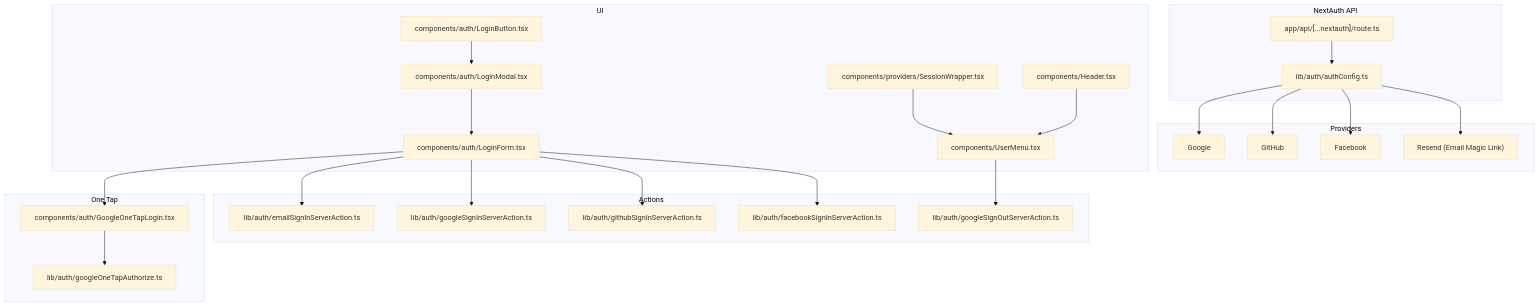
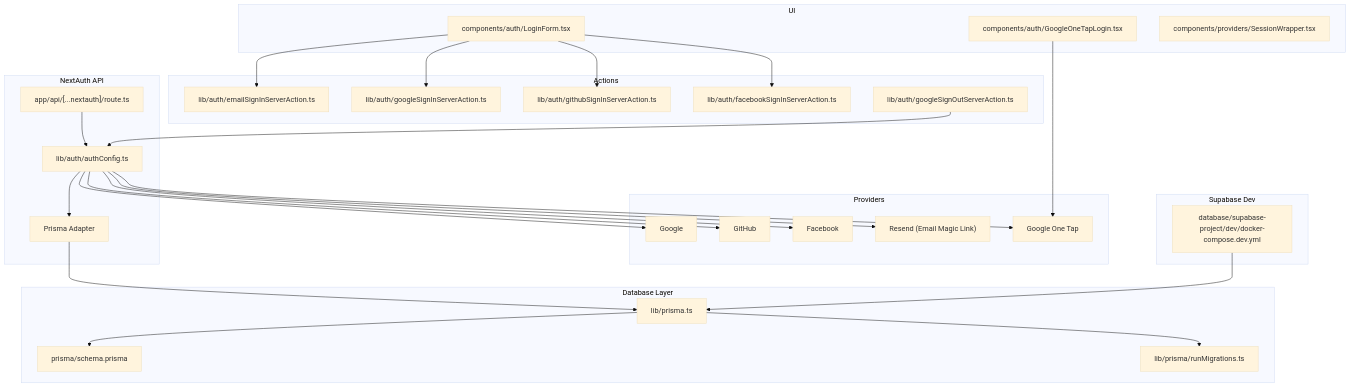
Before and after one commit to AlexKutz/math-app-next-js: the first of 6 diagrams in .qoder/repowiki/en/content/Authentication & Authorization.md, drawn with Mermaid (base theme). The commit also changed other lines of this file and 9 other files, not shown here.

````diff
--- a/.qoder/repowiki/en/content/Authentication & Authorization.md
+++ b/.qoder/repowiki/en/content/Authentication & Authorization.md
@@ -44,48 +55,52 @@
 ```mermaid
 graph TB
 subgraph "NextAuth API"
 NA_ROUTE["app/api/[...nextauth]/route.ts"]
 NA_CONFIG["lib/auth/authConfig.ts"]
+PRISMA_ADAPTER["Prisma Adapter"]
+end
+subgraph "Database Layer"
+PRISMA_CLIENT["lib/prisma.ts"]
+SCHEMA["prisma/schema.prisma"]
+MIGRATIONS["lib/prisma/runMigrations.ts"]
 end
 subgraph "Providers"
 GOOGLE["Google"]
 GITHUB["GitHub"]
 FACEBOOK["Facebook"]
 RESEND["Resend (Email Magic Link)"]
+ONETAP["Google One Tap"]
 end
 subgraph "UI"
-HEADER["components/Header.tsx"]
-USERMENU["components/UserMenu.tsx"]
-LOGINBUTTON["components/auth/LoginButton.tsx"]
-LOGINMODAL["components/auth/LoginModal.tsx"]
 LOGINFORM["components/auth/LoginForm.tsx"]
+GOOGLETAP["components/auth/GoogleOneTapLogin.tsx"]
 SESSIONWRAP["components/providers/SessionWrapper.tsx"]
 end
 subgraph "Actions"
 EMAILACTION["lib/auth/emailSignInServerAction.ts"]
 GOOGLEACTION["lib/auth/googleSignInServerAction.ts"]
 GITHUBACTION["lib/auth/githubSignInServerAction.ts"]
 FACEBOOKACTION["lib/auth/facebookSignInServerAction.ts"]
 GOOGLEOUT["lib/auth/googleSignOutServerAction.ts"]
 end
-subgraph "One Tap"
-ONETAPCOMP["components/auth/GoogleOneTapLogin.tsx"]
-ONETAPAUTH["lib/auth/googleOneTapAuthorize.ts"]
+subgraph "Supabase Dev"
+DOCKER["database/supabase-project/dev/docker-compose.dev.yml"]
 end
 NA_ROUTE --> NA_CONFIG
+NA_CONFIG --> PRISMA_ADAPTER
+PRISMA_ADAPTER --> PRISMA_CLIENT
+PRISMA_CLIENT --> SCHEMA
+PRISMA_CLIENT --> MIGRATIONS
 NA_CONFIG --> GOOGLE
 NA_CONFIG --> GITHUB
 NA_CONFIG --> FACEBOOK
 NA_CONFIG --> RESEND
-LOGINBUTTON --> LOGINMODAL
-LOGINMODAL --> LOGINFORM
+NA_CONFIG --> ONETAP
 LOGINFORM --> EMAILACTION
 LOGINFORM --> GOOGLEACTION
 LOGINFORM --> GITHUBACTION
 LOGINFORM --> FACEBOOKACTION
-LOGINFORM --> ONETAPCOMP
-ONETAPCOMP --> ONETAPAUTH
-USERMENU --> GOOGLEOUT
-SESSIONWRAP --> USERMENU
-HEADER --> USERMENU
+GOOGLETAP --> ONETAP
+GOOGLEOUT --> NA_CONFIG
+DOCKER --> PRISMA_CLIENT
 ```
````
